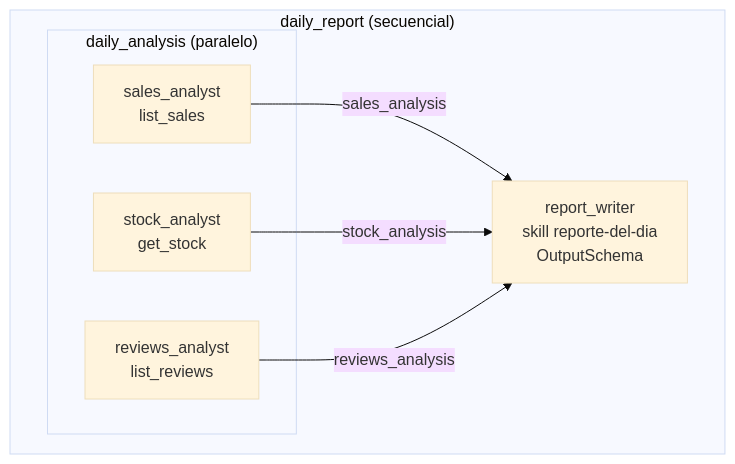
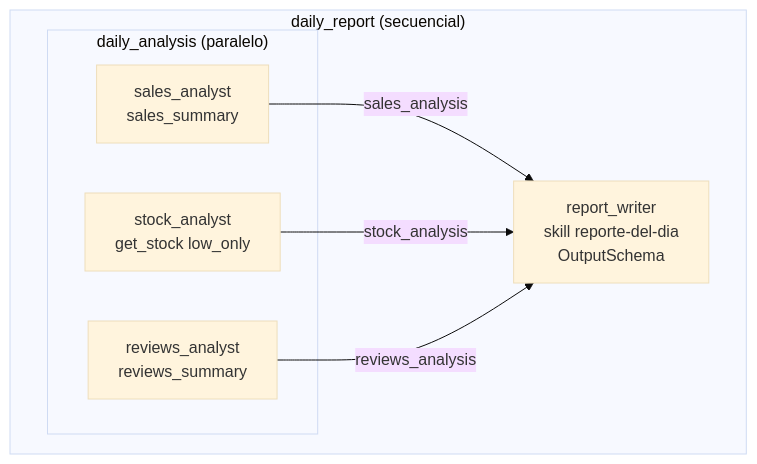
The third of 6 diagrams in cafe_app/agents/README.md (alexyslozada/course-adk), drawn with Mermaid (base theme) before and after one commit. The commit also changed other lines of this file and 21 other files, not shown here.

````diff
--- a/cafe_app/agents/README.md
+++ b/cafe_app/agents/README.md
@@ -94,15 +155,15 @@
 ```mermaid
 graph LR
     subgraph daily_report["daily_report (secuencial)"]
         direction LR
         subgraph daily_analysis["daily_analysis (paralelo)"]
-            S[sales_analyst<br/>list_sales]
-            K[stock_analyst<br/>get_stock]
-            R[reviews_analyst<br/>list_reviews]
+            S[sales_analyst<br/>sales_summary]
+            K[stock_analyst<br/>get_stock low_only]
+            R[reviews_analyst<br/>reviews_summary]
         end
         W[report_writer<br/>skill reporte-del-dia<br/>OutputSchema]
     end
     S -- "sales_analysis" --> W
     K -- "stock_analysis" --> W
     R -- "reviews_analysis" --> W
 ```
````
